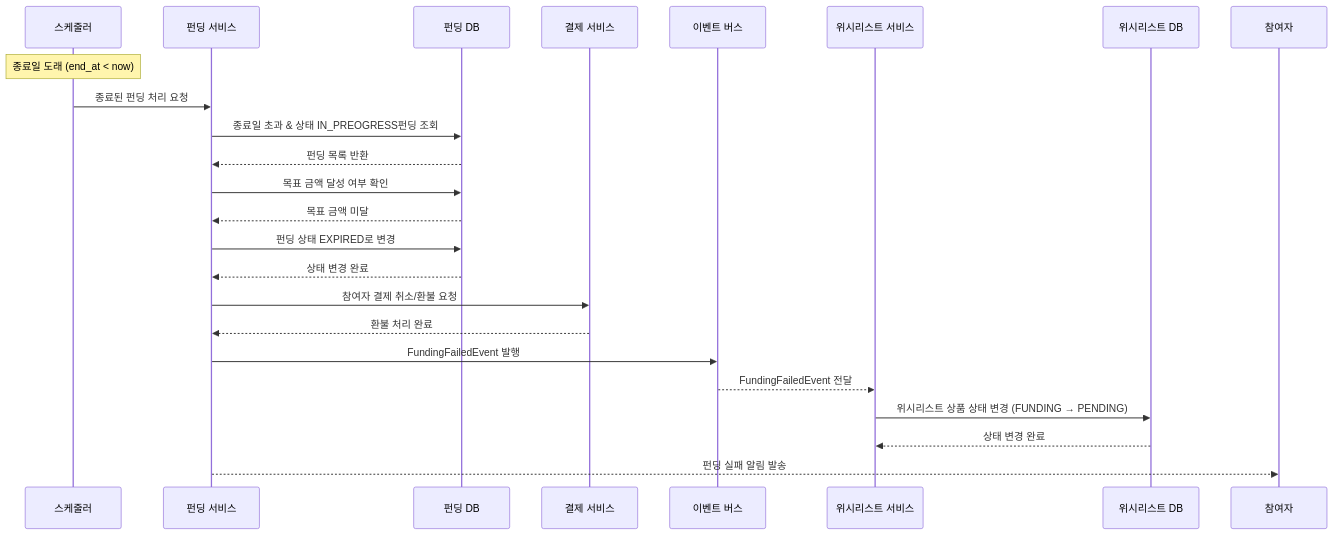
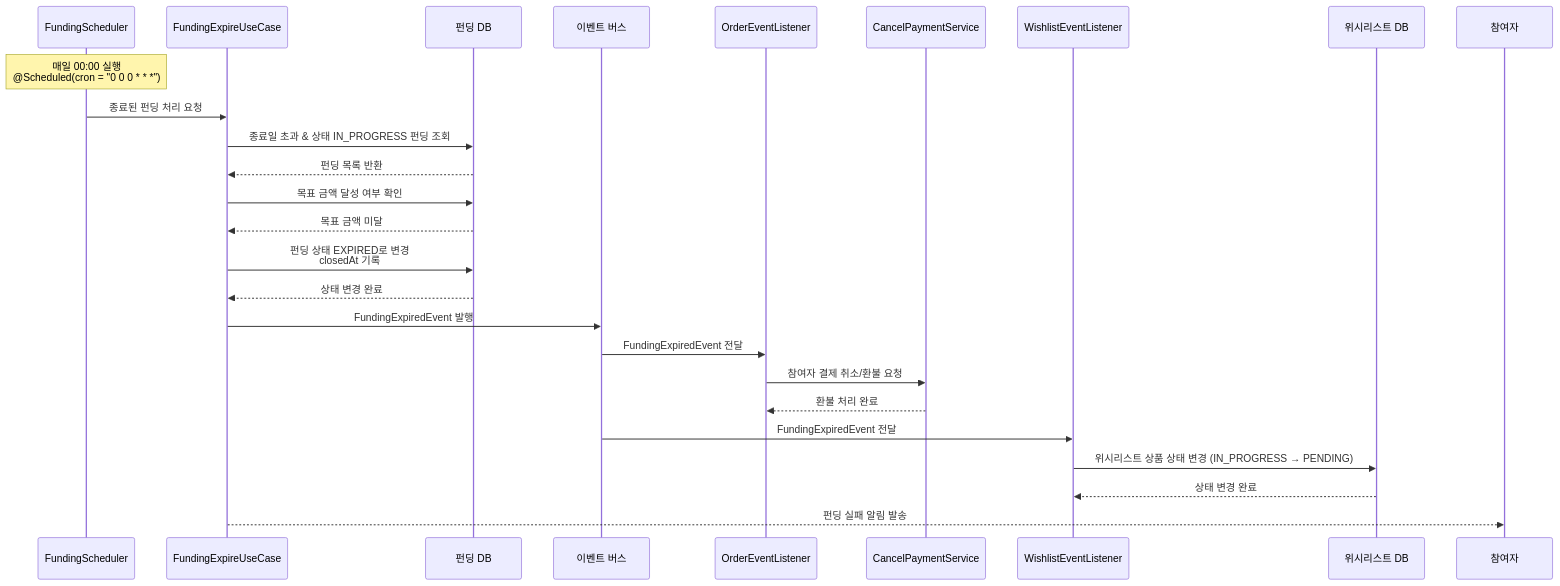
The diagram in docs/sequences/4.4-funding-expiration.md (prgrms-be-adv-devcourse/beadv4_4_Team201_BE), drawn with Mermaid before and after one commit. The commit also changed other lines of this file and 48 other files, not shown here.

````diff
--- a/docs/sequences/4.4-funding-expiration.md
+++ b/docs/sequences/4.4-funding-expiration.md
@@ -5,34 +5,36 @@
 ```mermaid
 sequenceDiagram
-    participant Scheduler as 스케줄러
-    participant Funding as 펀딩 서비스
+    participant Scheduler as FundingScheduler
+    participant Funding as FundingExpireUseCase
     participant FundingDB as 펀딩 DB
-    participant Payment as 결제 서비스
     participant EventBus as 이벤트 버스
-    participant Wishlist as 위시리스트 서비스
+    participant Order as OrderEventListener
+    participant Payment as CancelPaymentService
+    participant Wishlist as WishlistEventListener
     participant WishlistDB as 위시리스트 DB
     participant User as 참여자
 
-    Note over Scheduler: 종료일 도래 (end_at < now)
+    Note over Scheduler: 매일 00:00 실행<br/>@Scheduled(cron = "0 0 0 * * *")
 
     Scheduler ->> Funding: 종료된 펀딩 처리 요청
-    Funding ->> FundingDB: 종료일 초과 & 상태 IN_PREOGRESS펀딩 조회
+    Funding ->> FundingDB: 종료일 초과 & 상태 IN_PROGRESS 펀딩 조회
     FundingDB -->> Funding: 펀딩 목록 반환
 
     Funding ->> FundingDB: 목표 금액 달성 여부 확인
     FundingDB -->> Funding: 목표 금액 미달
 
-    Funding ->> FundingDB: 펀딩 상태 EXPIRED로 변경
+    Funding ->> FundingDB: 펀딩 상태 EXPIRED로 변경<br/>closedAt 기록
     FundingDB -->> Funding: 상태 변경 완료
 
-    Funding ->> Payment: 참여자 결제 취소/환불 요청
-    Payment -->> Funding: 환불 처리 완료
+    Funding ->> EventBus: FundingExpiredEvent 발행
 
-    Funding ->> EventBus: FundingFailedEvent 발행
-    EventBus -->> Wishlist: FundingFailedEvent 전달
+    EventBus ->> Order: FundingExpiredEvent 전달
+    Order ->> Payment: 참여자 결제 취소/환불 요청
+    Payment -->> Order: 환불 처리 완료
 
-    Wishlist ->> WishlistDB: 위시리스트 상품 상태 변경 (FUNDING → PENDING)
+    EventBus ->> Wishlist: FundingExpiredEvent 전달
+    Wishlist ->> WishlistDB: 위시리스트 상품 상태 변경 (IN_PROGRESS → PENDING)
     WishlistDB -->> Wishlist: 상태 변경 완료
 
     Funding -->> User: 펀딩 실패 알림 발송
 ```
````
